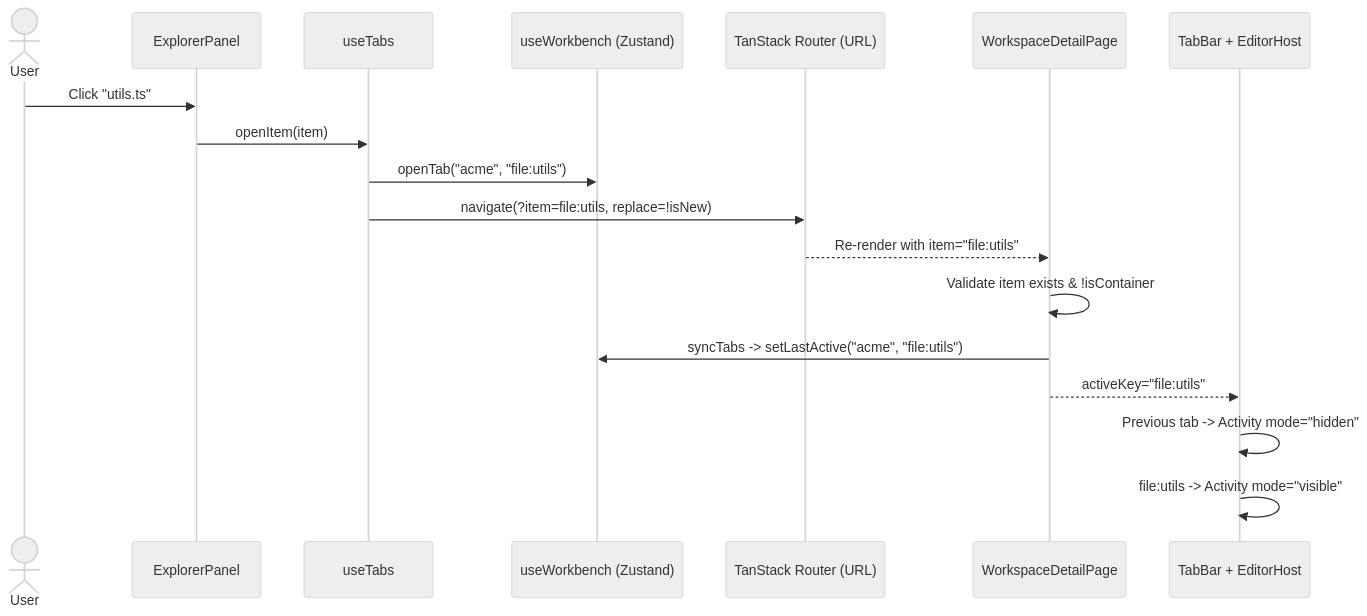
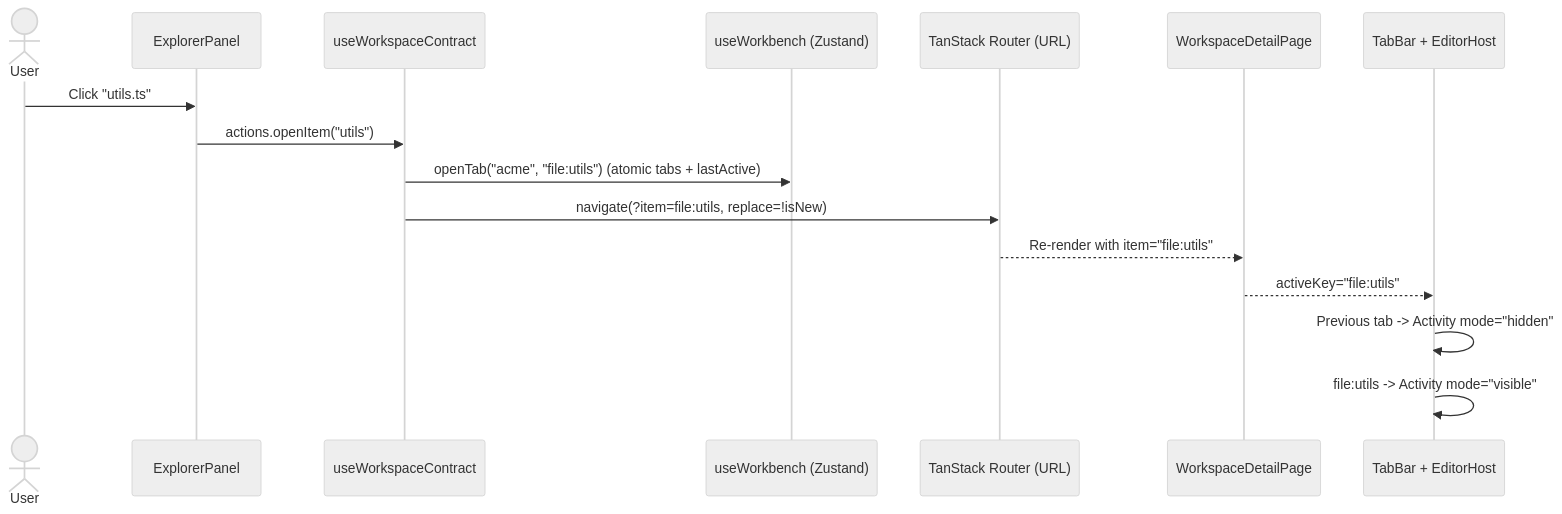
One commit to ppongtong/ide-shell changed the seventh of 12 diagrams in docs/DESIGN.md. Above: the diagram before and after it, drawn with Mermaid (neutral theme). The commit also changed other lines of this file, not shown here.

Commit message:
Fix Mermaid sequenceDiagram syntax and sync DESIGN.md with plugin contracts

````diff
--- a/docs/DESIGN.md
+++ b/docs/DESIGN.md
@@ -288,21 +287,19 @@
 ```mermaid
 sequenceDiagram
     actor User
     participant Exp as ExplorerPanel
-    participant Tabs as useTabs
+    participant WsC as useWorkspaceContract
     participant Store as useWorkbench (Zustand)
     participant Router as TanStack Router (URL)
     participant Page as WorkspaceDetailPage
     participant Host as TabBar + EditorHost
 
     User->>Exp: Click "utils.ts"
-    Exp->>Tabs: openItem(item)
-    Tabs->>Store: openTab("acme", "file:utils")
-    Tabs->>Router: navigate(?item=file:utils, replace=!isNew)
+    Exp->>WsC: actions.openItem("utils")
+    WsC->>Store: openTab("acme", "file:utils") (atomic tabs + lastActive)
+    WsC->>Router: navigate(?item=file:utils, replace=!isNew)
     Router-->>Page: Re-render with item="file:utils"
-    Page->>Page: Validate item exists & !isContainer
-    Page->>Store: syncTabs -> setLastActive("acme", "file:utils")
     Page-->>Host: activeKey="file:utils"
     Host->>Host: Previous tab -> Activity mode="hidden"
     Host->>Host: file:utils -> Activity mode="visible"
 ```
````
